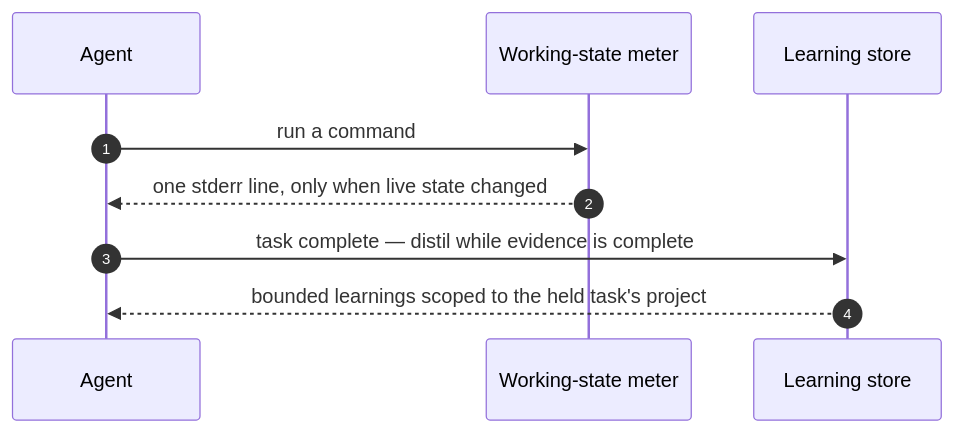
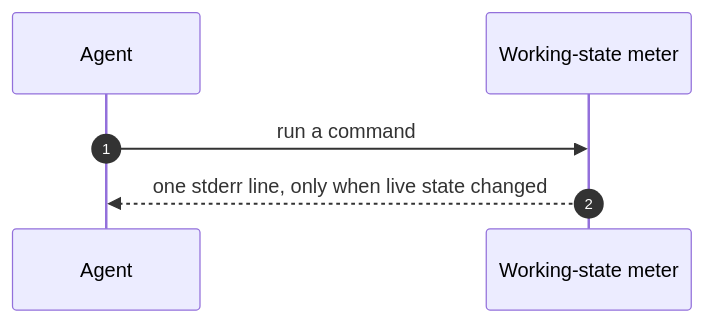
One commit to infimalabs/spice-rust changed diagram 11 of 11 in docs/product/planes/session.md. Above: the diagram before and after it, drawn with Mermaid. The commit also changed other lines of this file and 71 other files, not shown here.

````diff
--- a/docs/product/planes/session.md
+++ b/docs/product/planes/session.md
@@ -407,12 +361,9 @@
 ```mermaid
 sequenceDiagram
   autonumber
   participant AG as Agent
   participant MT as Working-state meter
-  participant LN as Learning store
 
   AG->>MT: run a command
   MT-->>AG: one stderr line, only when live state changed
-  AG->>LN: task complete — distil while evidence is complete
-  LN-->>AG: bounded learnings scoped to the held task's project
 ```
````
